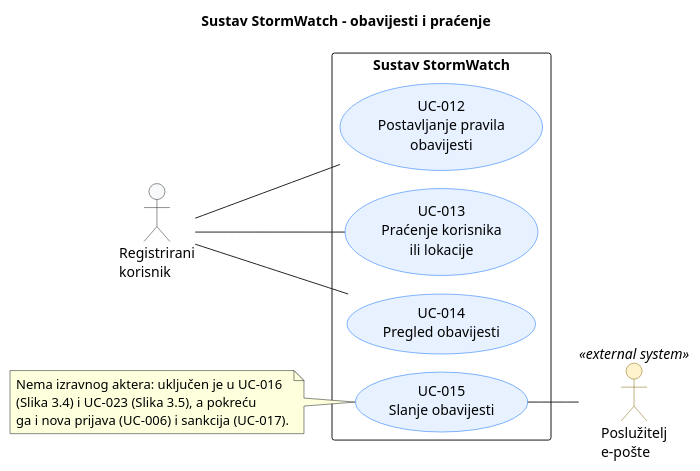
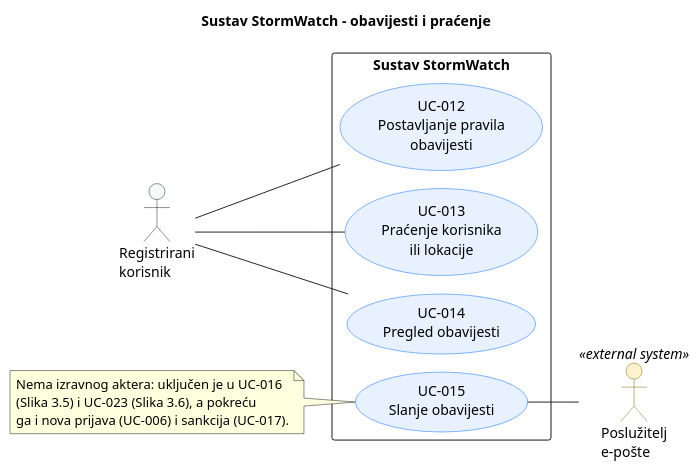
One commit to phenethol/stormwatch changed the diagram in docs/puml/3-3-stormwatch-notifications-UC.puml. Above: the diagram before and after it, drawn with PlantUML. The commit also changed 5 other files, not shown here.

First line of the commit message:
Add a use case overview diagram and update the use case consistency check

```diff
--- a/docs/puml/3-3-stormwatch-notifications-UC.puml
+++ b/docs/puml/3-3-stormwatch-notifications-UC.puml
@@ -16,61 +16,61 @@
 @startuml
 !pragma layout smetana
 title Sustav StormWatch – obavijesti i praćenje
 left to right direction
 
 skinparam shadowing false
 skinparam defaultFontName Arial
 skinparam ArrowColor #212529
 
 skinparam actor {
     BackgroundColor #F8F9FA
     BorderColor #212529
     BackgroundColor<<external system>> #FFF3CD
     BorderColor<<external system>> #856404
 }
 
 skinparam usecase {
     BackgroundColor #E7F1FF
     BorderColor #0D6EFD
 }
 
 ' ==============================================================================
 ' Akteri
 ' ==============================================================================
 
 actor User as "Registrirani\nkorisnik"
 
 actor "Poslužitelj\ne-pošte" as Mail <<external system>>
 
 ' ==============================================================================
 ' Granica sustava
 ' ==============================================================================
 
 rectangle "Sustav StormWatch" {
 
     (UC-012\nPostavljanje pravila\nobavijesti) as UC_Rules
     (UC-013\nPraćenje korisnika\nili lokacije) as UC_Follow
     (UC-014\nPregled obavijesti) as UC_Notifications
 
     ' Sustavski obrazac uporabe: provjerava pravila i praćenja iz UC-012 i
     ' UC-013 te stvara obavijesti koje korisnik vidi u UC-014.
     (UC-015\nSlanje obavijesti) as UC_Send
 }
 
 note left of UC_Send
   Nema izravnog aktera: uključen je u UC-016
-  (Slika 3.4) i UC-023 (Slika 3.5), a pokreću
+  (Slika 3.5) i UC-023 (Slika 3.6), a pokreću
   ga i nova prijava (UC-006) i sankcija (UC-017).
 end note
 
 ' ==============================================================================
 ' Asocijacije
 ' ==============================================================================
 
 User -- UC_Rules
 User -- UC_Follow
 User -- UC_Notifications
 
 UC_Send -- Mail
 
 @enduml
```
